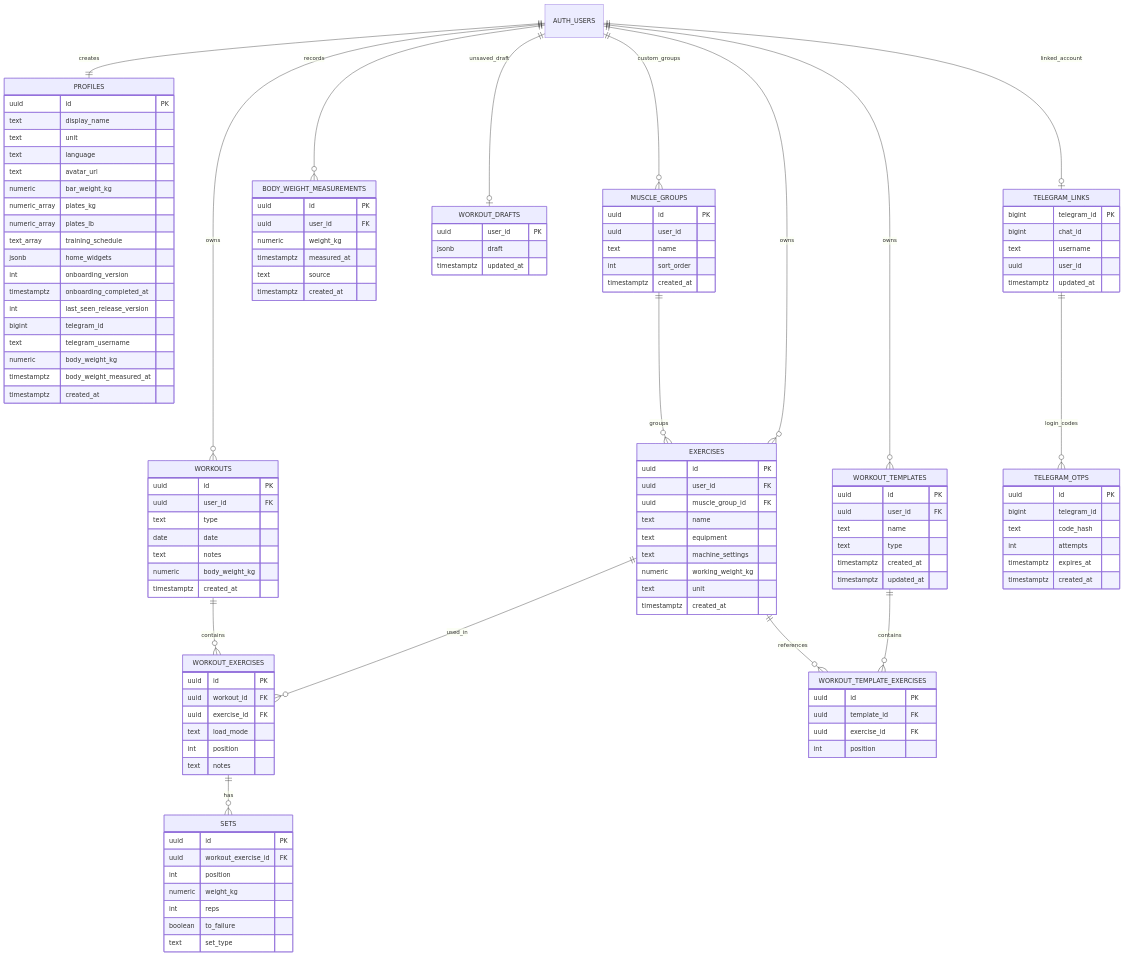
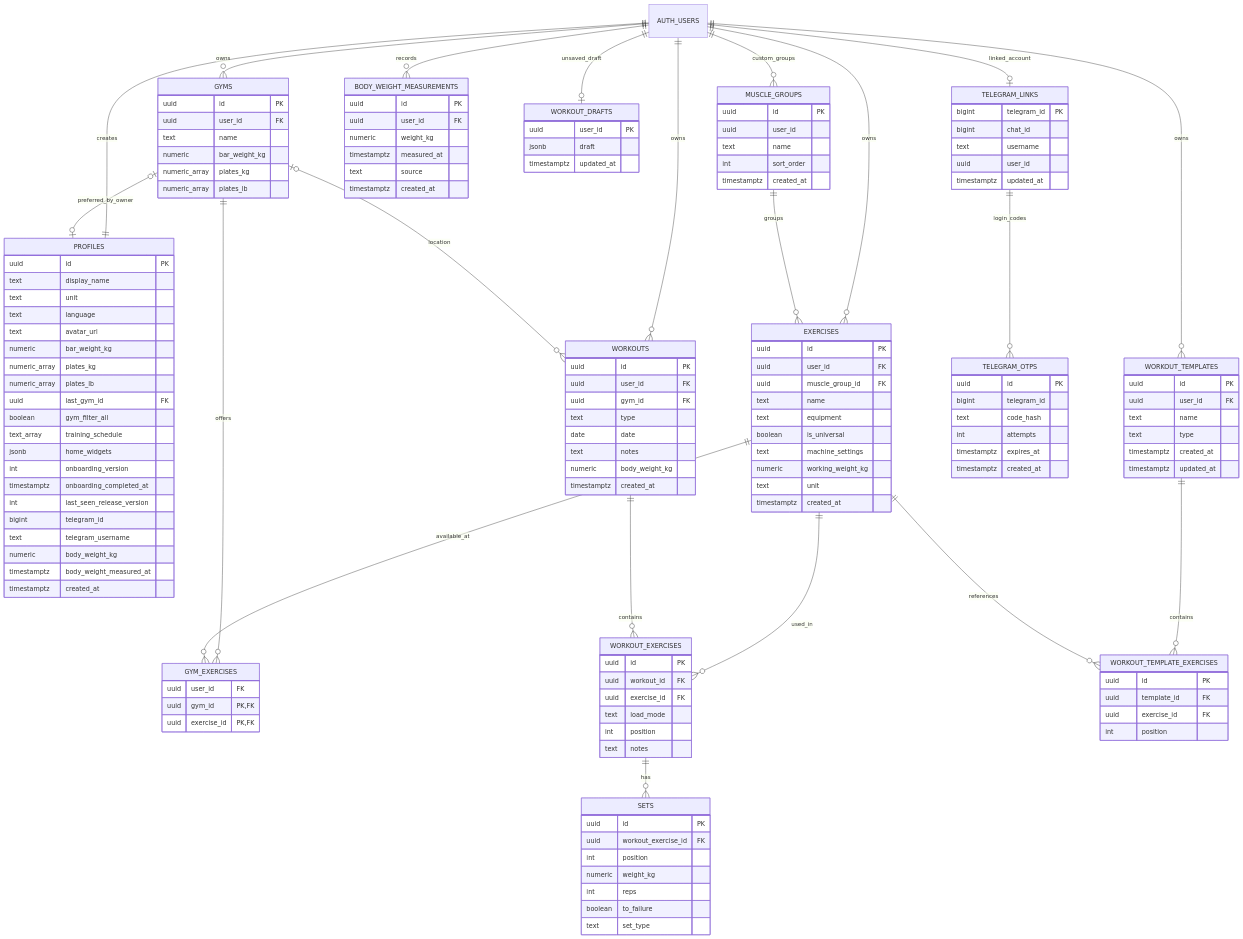
The second of 6 diagrams in docs/APP_SCHEMA_RU.md (deepstructured/deep-gym), drawn with Mermaid before and after one commit. The commit also changed other lines of this file and 110 other files, not shown here.

Commit message:
feat: release DeepGym 1.7.0 with gym profiles and reliable workout dates

```diff
--- a/docs/APP_SCHEMA_RU.md
+++ b/docs/APP_SCHEMA_RU.md
@@ -261,6 +273,11 @@
   AUTH_USERS ||--|| PROFILES : creates
   AUTH_USERS ||--o{ EXERCISES : owns
   AUTH_USERS ||--o{ WORKOUTS : owns
+  AUTH_USERS ||--o{ GYMS : owns
+  GYMS |o--o{ WORKOUTS : location
+  GYMS |o--o| PROFILES : preferred_by_owner
+  GYMS ||--o{ GYM_EXERCISES : offers
+  EXERCISES ||--o{ GYM_EXERCISES : available_at
   AUTH_USERS ||--o{ MUSCLE_GROUPS : custom_groups
   AUTH_USERS ||--o{ BODY_WEIGHT_MEASUREMENTS : records
   AUTH_USERS ||--o{ WORKOUT_TEMPLATES : owns
@@ -286,6 +303,8 @@
     numeric bar_weight_kg
     numeric_array plates_kg
     numeric_array plates_lb
+    uuid last_gym_id FK
+    boolean gym_filter_all
     text_array training_schedule
     jsonb home_widgets
     int onboarding_version
@@ -312,15 +331,32 @@
     uuid muscle_group_id FK
     text name
     text equipment
+    boolean is_universal
     text machine_settings
     numeric working_weight_kg
     text unit
     timestamptz created_at
   }
 
+  GYMS {
+    uuid id PK
+    uuid user_id FK
+    text name
+    numeric bar_weight_kg
+    numeric_array plates_kg
+    numeric_array plates_lb
+  }
+
+  GYM_EXERCISES {
+    uuid user_id FK
+    uuid gym_id PK,FK
+    uuid exercise_id PK,FK
+  }
+
   WORKOUTS {
     uuid id PK
     uuid user_id FK
+    uuid gym_id FK
     text type
     date date
     text notes
```
